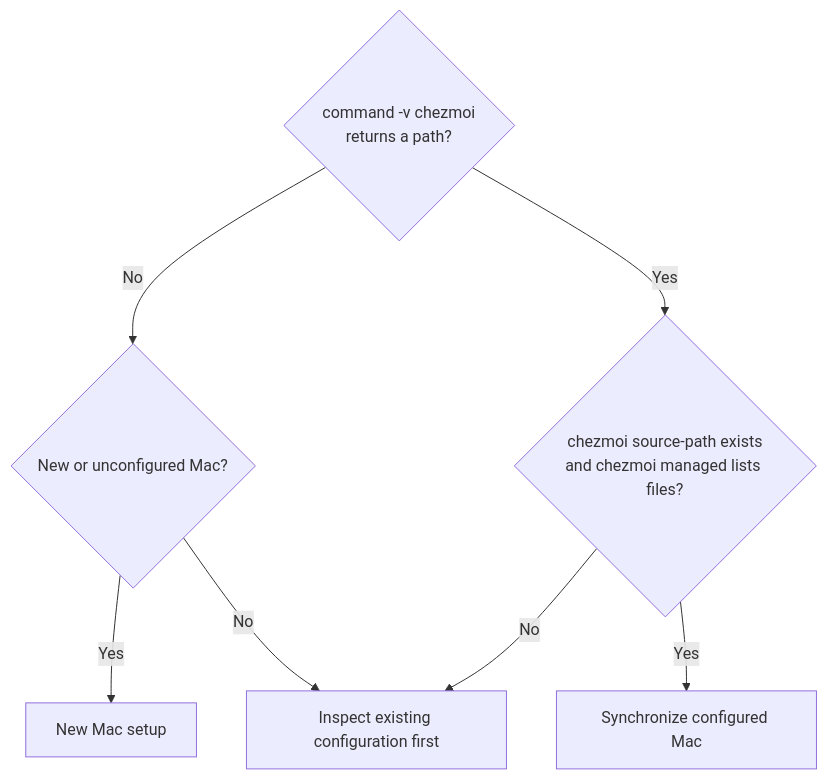
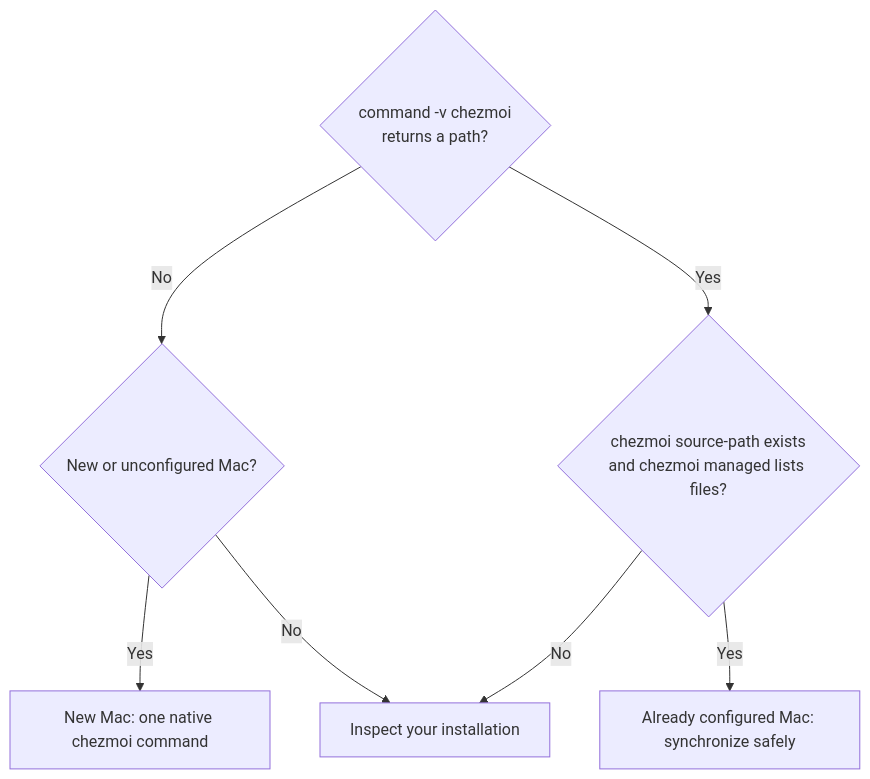
The diagram in docs/setup.md (ArthurZakirov/dotfiles), drawn with Mermaid before and after one commit.

Commit message:
Match setup diagram labels to section headings

````diff
--- a/docs/setup.md
+++ b/docs/setup.md
@@ -7,13 +7,13 @@
 ```mermaid
 flowchart TD
     A{"command -v chezmoi<br/>returns a path?"}
     A -- No --> B{"New or unconfigured Mac?"}
-    B -- Yes --> NEW["New Mac setup"]
-    B -- No --> INSPECT["Inspect existing configuration first"]
+    B -- Yes --> NEW["New Mac: one native chezmoi command"]
+    B -- No --> INSPECT["Inspect your installation"]
     A -- Yes --> C{"chezmoi source-path exists<br/>and chezmoi managed lists files?"}
-    C -- Yes --> SYNC["Synchronize configured Mac"]
+    C -- Yes --> SYNC["Already configured Mac: synchronize safely"]
     C -- No --> INSPECT
-    click NEW "#new-mac-one-native-chezmoi-command" "New Mac setup"
+    click NEW "#new-mac-one-native-chezmoi-command" "New Mac: one native chezmoi command"
     click INSPECT "#inspect-your-installation" "Inspect your installation"
-    click SYNC "#already-configured-mac-synchronize-safely" "Synchronize configured Mac"
+    click SYNC "#already-configured-mac-synchronize-safely" "Already configured Mac: synchronize safely"
 ```
````
